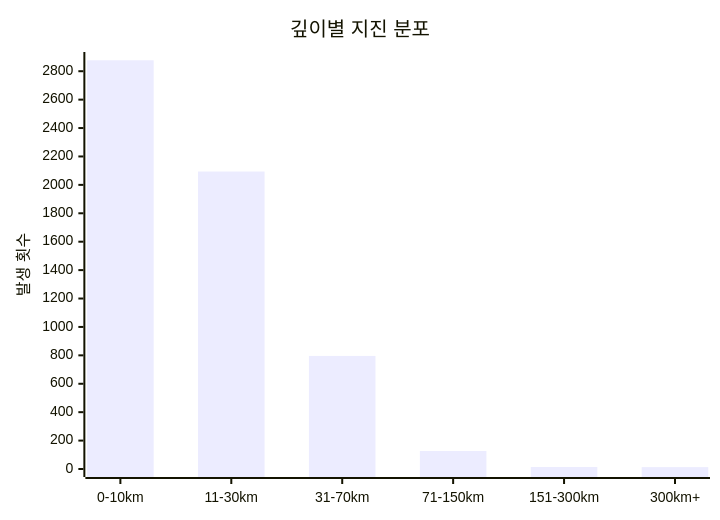
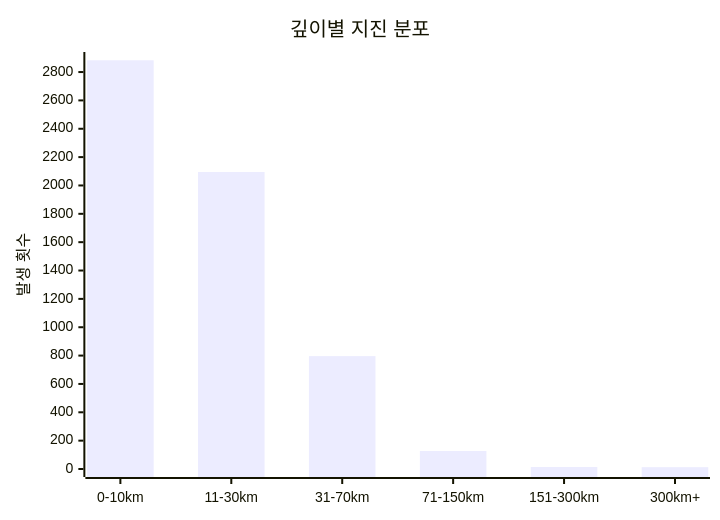
The diagram in charts/depth-chart.md (serendip811/japan-eq), drawn with Mermaid before and after one commit. The commit also changed other lines of this file and 6 other files, not shown here.

Commit message:
Update earthquake data and charts Sun Nov 22 21:30:10 UTC 2026

````diff
--- a/charts/depth-chart.md
+++ b/charts/depth-chart.md
@@ -3,7 +3,7 @@
 ```mermaid
 xychart-beta
     title "깊이별 지진 분포"
     x-axis ["0-10km", "11-30km", "31-70km", "71-150km", "151-300km", "300km+"]
-    y-axis "발생 횟수" 0 --> 2879
-    bar [2877, 2094, 796, 127, 14, 13]
+    y-axis "발생 횟수" 0 --> 2885
+    bar [2883, 2095, 796, 127, 14, 13]
 ```
````
